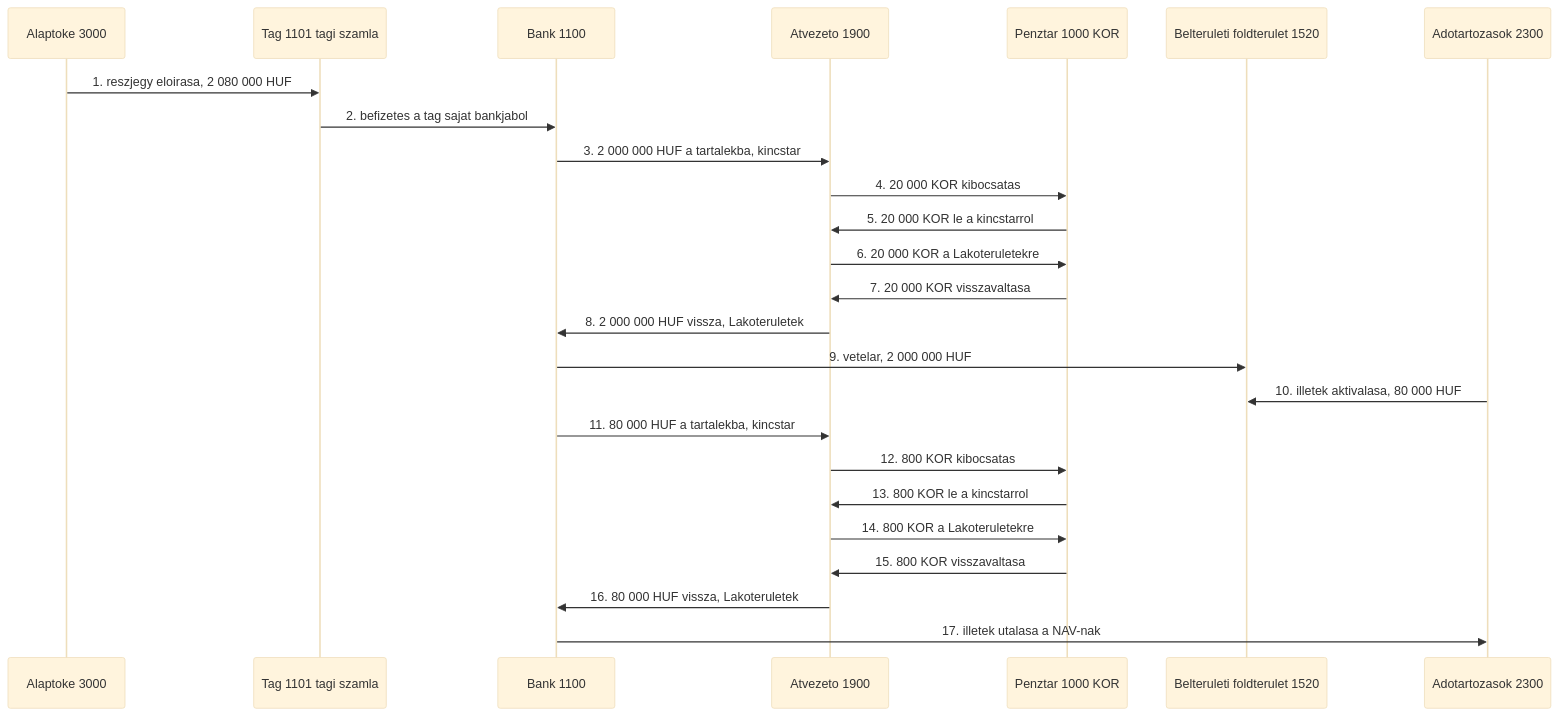
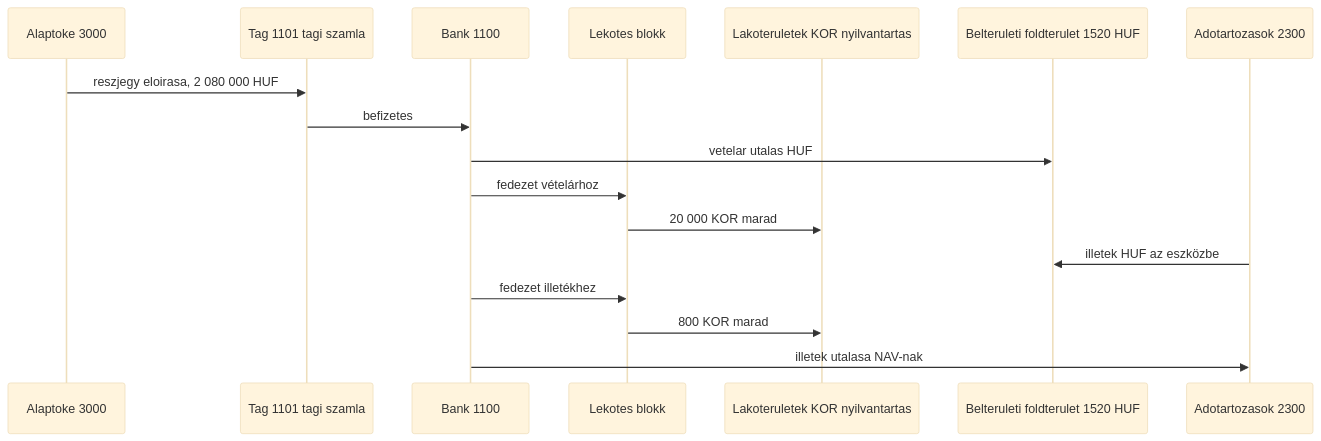
One commit to pitiboy/curr changed diagram 12 of 15 in docs/transaction-workflow.md. Above: the diagram before and after it, drawn with Mermaid (base theme). The commit also changed other lines of this file and 1 other file, not shown here.

````diff
--- a/docs/transaction-workflow.md
+++ b/docs/transaction-workflow.md
@@ -631,28 +552,20 @@
 ```mermaid
 sequenceDiagram
   participant Toke as Alaptoke 3000
   participant Tag as Tag 1101 tagi szamla
   participant Bank as Bank 1100
-  participant Atv as Atvezeto 1900
-  participant Penztar as Penztar 1000 KOR
-  participant Telek as Belteruleti foldterulet 1520
+  participant Lekotes as Lekotes blokk
+  participant Nyilv as Lakoteruletek KOR nyilvantartas
+  participant Telek as Belteruleti foldterulet 1520 HUF
   participant Ado as Adotartozasok 2300
 
-  Toke->>Tag: 1. reszjegy eloirasa, 2 080 000 HUF
-  Tag->>Bank: 2. befizetes a tag sajat bankjabol
-  Bank->>Atv: 3. 2 000 000 HUF a tartalekba, kincstar
-  Atv->>Penztar: 4. 20 000 KOR kibocsatas
-  Penztar->>Atv: 5. 20 000 KOR le a kincstarrol
-  Atv->>Penztar: 6. 20 000 KOR a Lakoteruletekre
-  Penztar->>Atv: 7. 20 000 KOR visszavaltasa
-  Atv->>Bank: 8. 2 000 000 HUF vissza, Lakoteruletek
-  Bank->>Telek: 9. vetelar, 2 000 000 HUF
-  Ado->>Telek: 10. illetek aktivalasa, 80 000 HUF
-  Bank->>Atv: 11. 80 000 HUF a tartalekba, kincstar
-  Atv->>Penztar: 12. 800 KOR kibocsatas
-  Penztar->>Atv: 13. 800 KOR le a kincstarrol
-  Atv->>Penztar: 14. 800 KOR a Lakoteruletekre
-  Penztar->>Atv: 15. 800 KOR visszavaltasa
-  Atv->>Bank: 16. 80 000 HUF vissza, Lakoteruletek
-  Bank->>Ado: 17. illetek utalasa a NAV-nak
+  Toke->>Tag: reszjegy eloirasa, 2 080 000 HUF
+  Tag->>Bank: befizetes
+  Bank->>Telek: vetelar utalas HUF
+  Bank->>Lekotes: fedezet vételárhoz
+  Lekotes->>Nyilv: 20 000 KOR marad
+  Ado->>Telek: illetek HUF az eszközbe
+  Bank->>Lekotes: fedezet illetékhez
+  Lekotes->>Nyilv: 800 KOR marad
+  Bank->>Ado: illetek utalasa NAV-nak
 ```
````
